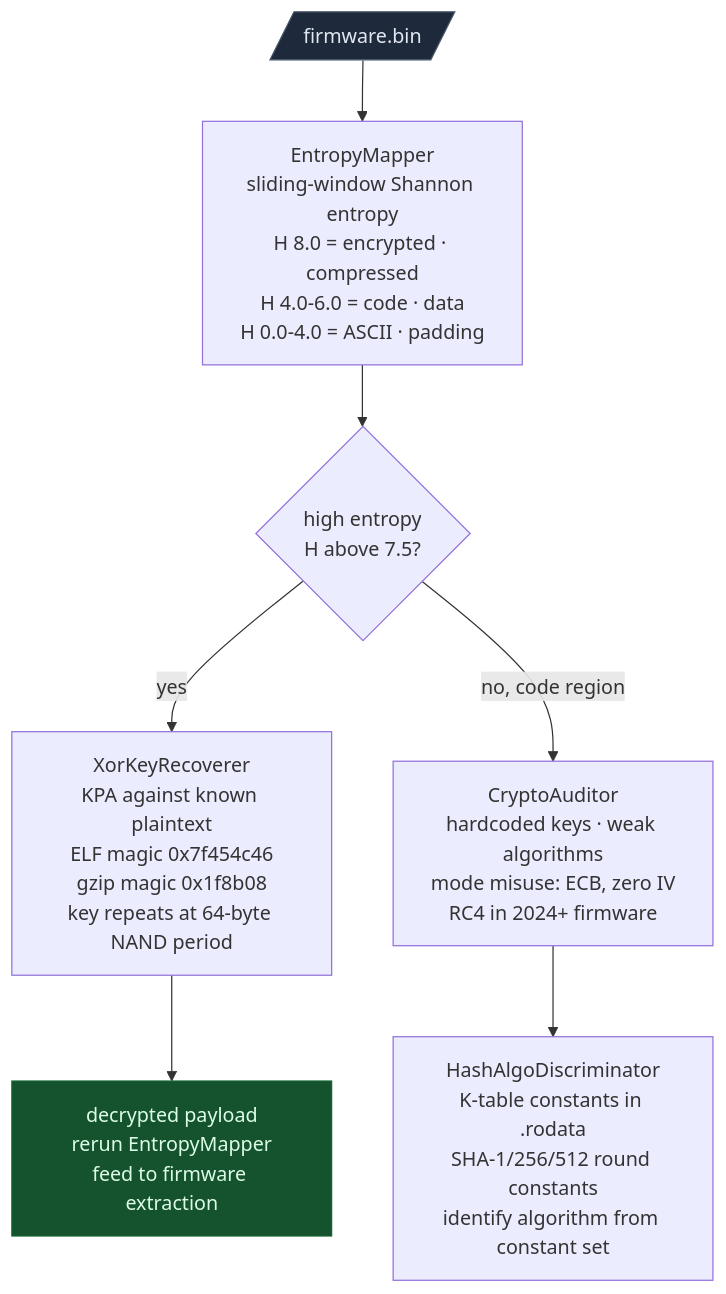
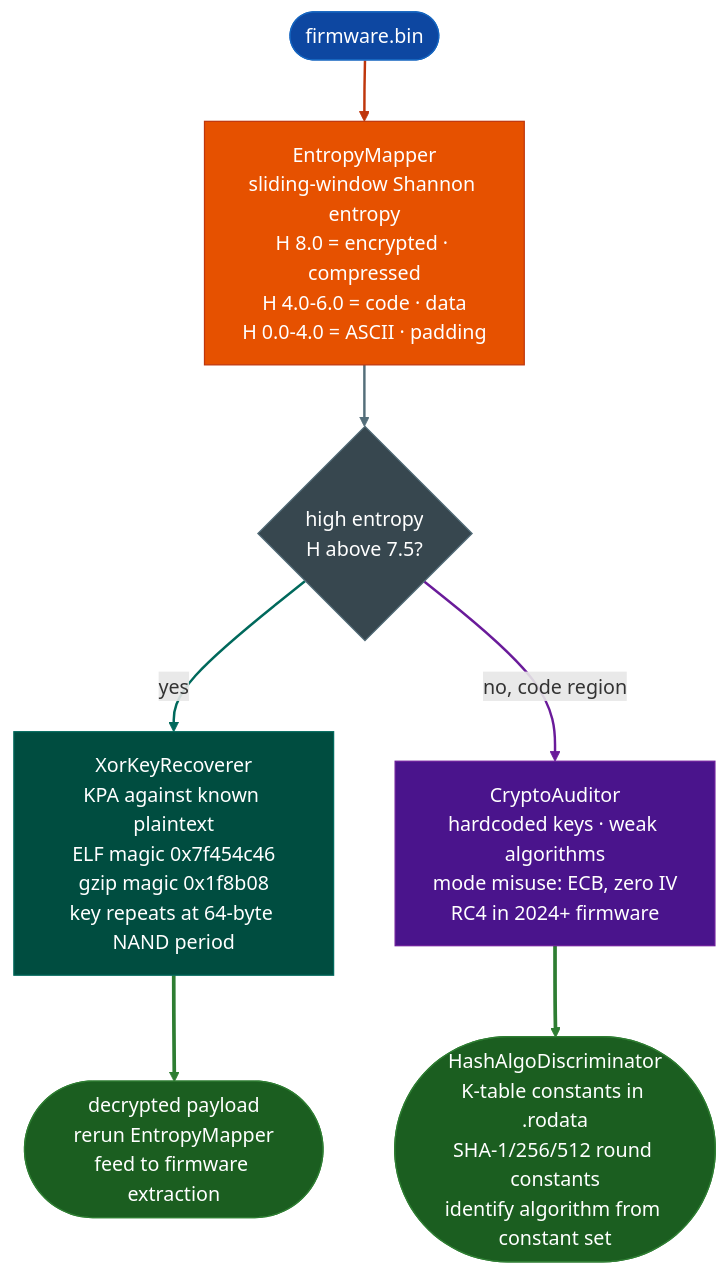
Before and after one commit to Ablation-Tool/ablation: diagram 14 of 22 in docs/overview.md, drawn with Mermaid. The commit also changed other lines of this file and 320 other files, not shown here.

First line of the commit message:
docs: apply canonical Mermaid template to all 321 diagrams

````diff
--- a/docs/overview.md
+++ b/docs/overview.md
@@ -331,12 +432,21 @@
 ```mermaid
 flowchart TD
-    A[/"firmware.bin"/] --> B["EntropyMapper\nsliding-window Shannon entropy\nH 8.0 = encrypted · compressed\nH 4.0-6.0 = code · data\nH 0.0-4.0 = ASCII · padding"]
-    B --> C{"high entropy\nH above 7.5?"}
-    C -->|"yes"| D["XorKeyRecoverer\nKPA against known plaintext\nELF magic 0x7f454c46\ngzip magic 0x1f8b08\nkey repeats at 64-byte NAND period"]
-    C -->|"no, code region"| E["CryptoAuditor\nhardcoded keys · weak algorithms\nmode misuse: ECB, zero IV\nRC4 in 2024+ firmware"]
-    D --> F["decrypted payload\nrerun EntropyMapper\nfeed to firmware extraction"]
-    E --> G["HashAlgoDiscriminator\nK-table constants in .rodata\nSHA-1/256/512 round constants\nidentify algorithm from constant set"]
-
-    style A fill:#1e293b,stroke:#475569,color:#e2e8f0
-    style F fill:#14532d,stroke:#166534,color:#dcfce7
+    A(["firmware.bin"]):::input --> B["EntropyMapper\nsliding-window Shannon entropy\nH 8.0 = encrypted · compressed\nH 4.0-6.0 = code · data\nH 0.0-4.0 = ASCII · padding"]:::primary
+    B:::primary --> C{"high entropy\nH above 7.5?"}:::neutral
+    C:::neutral -->|"yes"| D["XorKeyRecoverer\nKPA against known plaintext\nELF magic 0x7f454c46\ngzip magic 0x1f8b08\nkey repeats at 64-byte NAND period"]:::secondary
+    C:::neutral -->|"no, code region"| E["CryptoAuditor\nhardcoded keys · weak algorithms\nmode misuse: ECB, zero IV\nRC4 in 2024+ firmware"]:::tertiary
+    D:::secondary --> F(["decrypted payload\nrerun EntropyMapper\nfeed to firmware extraction"]):::output
+    E:::tertiary --> G(["HashAlgoDiscriminator\nK-table constants in .rodata\nSHA-1/256/512 round constants\nidentify algorithm from constant set"]):::output
+    classDef input     fill:#0d47a1,stroke:#1565c0,color:#fff
+    classDef primary   fill:#e65100,stroke:#bf360c,color:#fff
+    classDef secondary fill:#004d40,stroke:#00695c,color:#fff
+    classDef tertiary  fill:#4a148c,stroke:#6a1b9a,color:#fff
+    classDef neutral   fill:#37474f,stroke:#546e7a,color:#fff
+    classDef output    fill:#1b5e20,stroke:#2e7d32,color:#fff
+    linkStyle 0 stroke:#bf360c,stroke-width:2px
+    linkStyle 1 stroke:#546e7a,stroke-width:2px
+    linkStyle 2 stroke:#00695c,stroke-width:2px
+    linkStyle 3 stroke:#6a1b9a,stroke-width:2px
+    linkStyle 4 stroke:#2e7d32,stroke-width:3px
+    linkStyle 5 stroke:#2e7d32,stroke-width:3px
 ```
````
